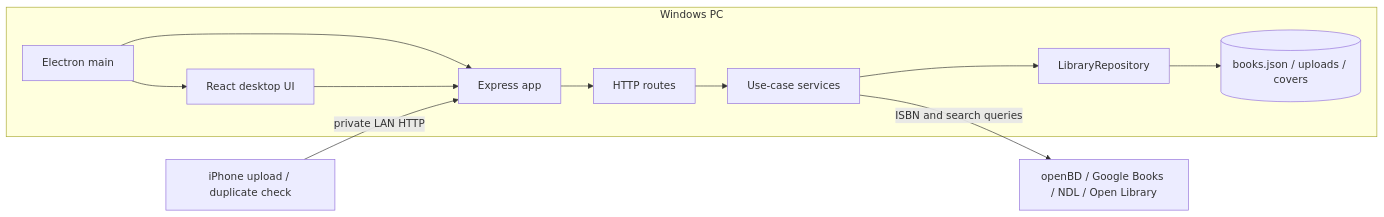
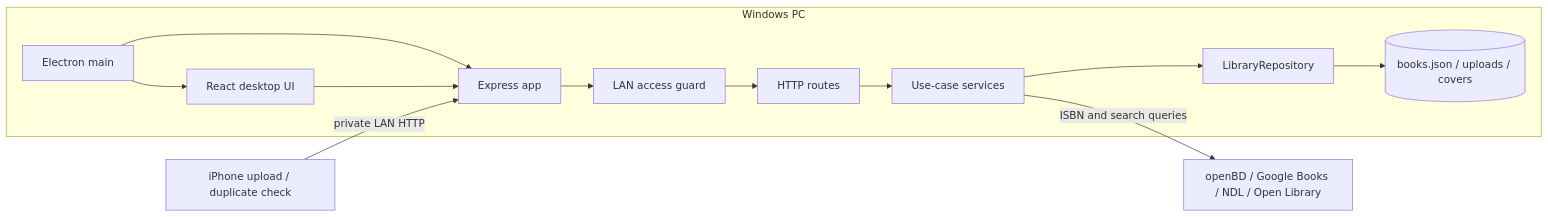
The diagram in docs/ARCHITECTURE.md (tmd-0x5a/hondana-catalog), drawn with Mermaid before and after one commit. The commit also changed other lines of this file and 80 other files, not shown here.

````diff
--- a/docs/ARCHITECTURE.md
+++ b/docs/ARCHITECTURE.md
@@ -5,22 +5,24 @@
 ```mermaid
 flowchart LR
   subgraph PC[Windows PC]
     Electron[Electron main]
     API[Express app]
+    Security[LAN access guard]
     Routes[HTTP routes]
     Services[Use-case services]
     Repository[LibraryRepository]
     UI[React desktop UI]
     Data[(books.json / uploads / covers)]
     Electron --> API
     Electron --> UI
     UI --> API
-    API --> Routes
+    API --> Security
+    Security --> Routes
     Routes --> Services
     Services --> Repository
     Repository --> Data
   end
 
   Phone[iPhone upload / duplicate check] -->|private LAN HTTP| API
   Services -->|ISBN and search queries| Metadata[openBD / Google Books / NDL / Open Library]
 ```
````
